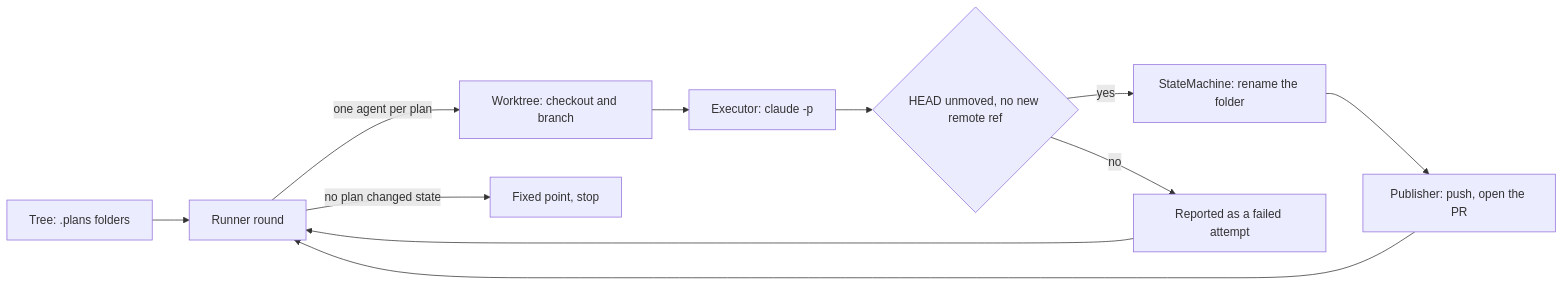
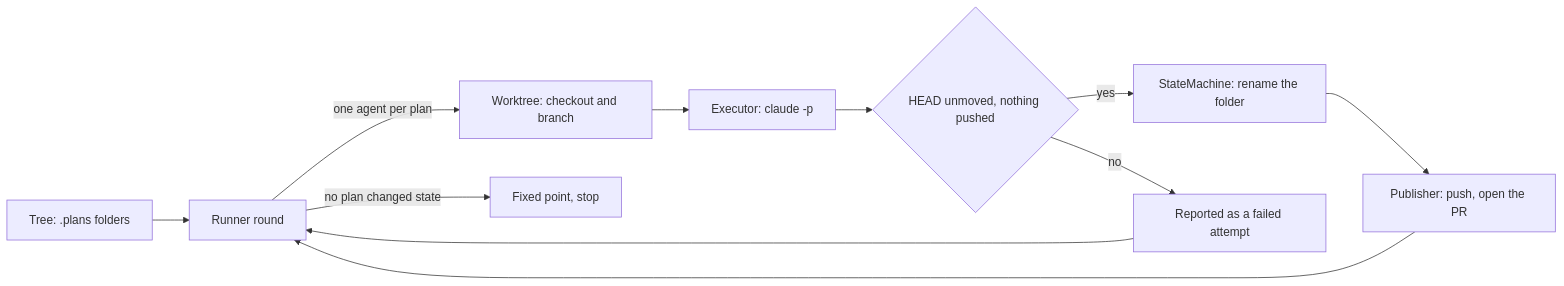
The diagram in CLAUDE.md (kigster/openlanes), drawn with Mermaid before and after one commit. The commit also changed other lines of this file and 2 other files, not shown here.

Commit message:
Document the remote-ref after-check

````diff
--- a/CLAUDE.md
+++ b/CLAUDE.md
@@ -128,13 +129,13 @@
 ```mermaid
 flowchart LR
   T[Tree: .plans folders] --> R[Runner round]
   R -->|one agent per plan| W[Worktree: checkout and branch]
   W --> E[Executor: claude -p]
-  E --> X{HEAD unmoved, no new remote ref}
+  E --> X{HEAD unmoved, nothing pushed}
   X -->|yes| S[StateMachine: rename the folder]
   X -->|no| FAIL[Reported as a failed attempt]
   S --> P[Publisher: push, open the PR]
   P --> R
   FAIL --> R
   R -->|no plan changed state| DONE[Fixed point, stop]
 ```
````
